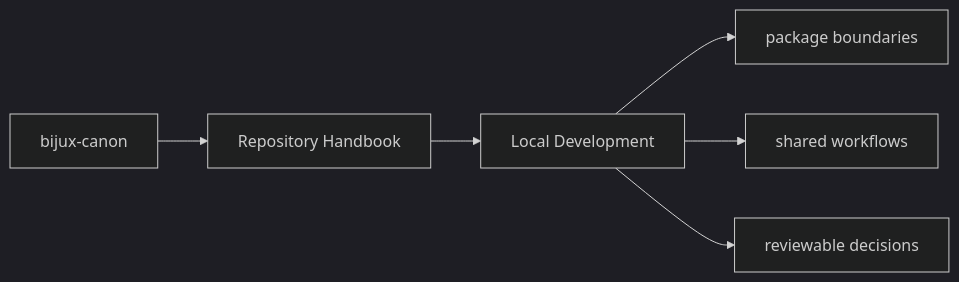
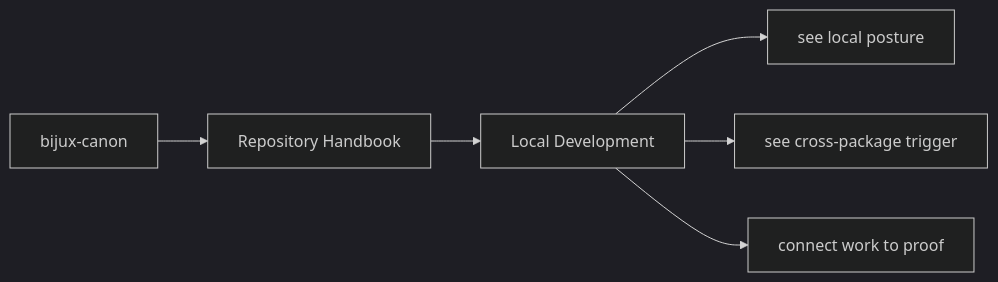
One commit to bijux/bijux-canon changed the first of 2 diagrams in docs/bijux-canon/local-development.md. Above: the diagram before and after it, drawn with Mermaid (dark theme). The commit also changed other lines of this file and 11 other files, not shown here.

Commit message:
docs(diagrams): clarify root handbook maps

````diff
--- a/docs/bijux-canon/local-development.md
+++ b/docs/bijux-canon/local-development.md
@@ -21,11 +21,11 @@
 ```mermaid
 flowchart LR
     scope["bijux-canon"] --> section["Repository Handbook"]
     section --> page["Local Development"]
-    dest1["package boundaries"]
-    dest2["shared workflows"]
-    dest3["reviewable decisions"]
+    dest1["see local posture"]
+    dest2["see cross-package trigger"]
+    dest3["connect work to proof"]
     page --> dest1
     page --> dest2
     page --> dest3
 ```
````
